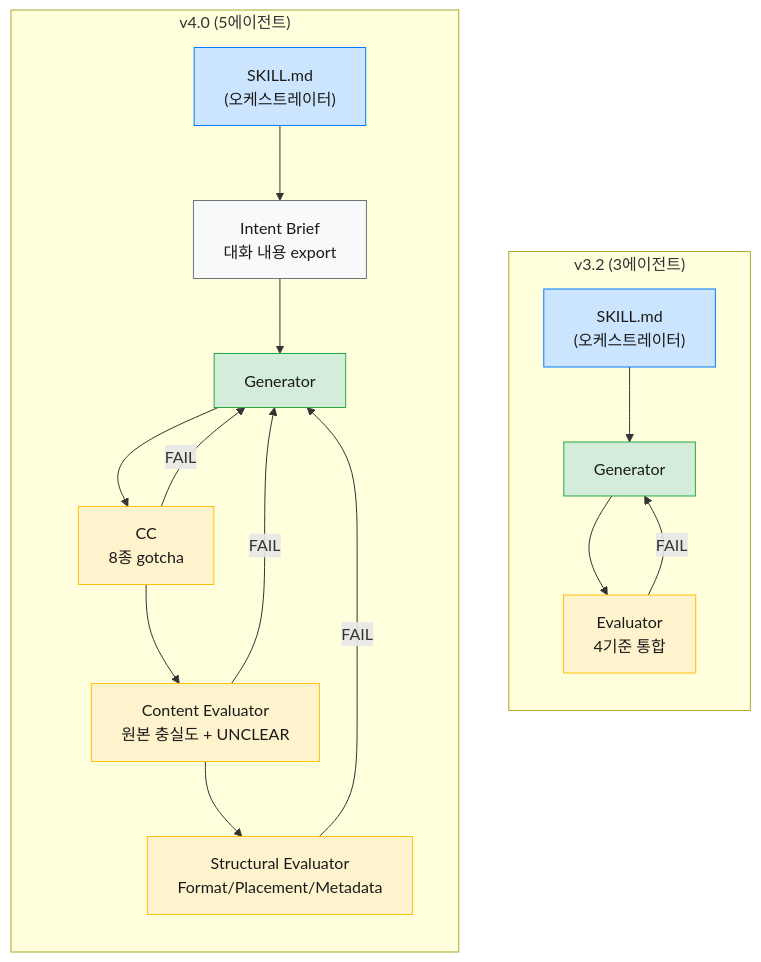
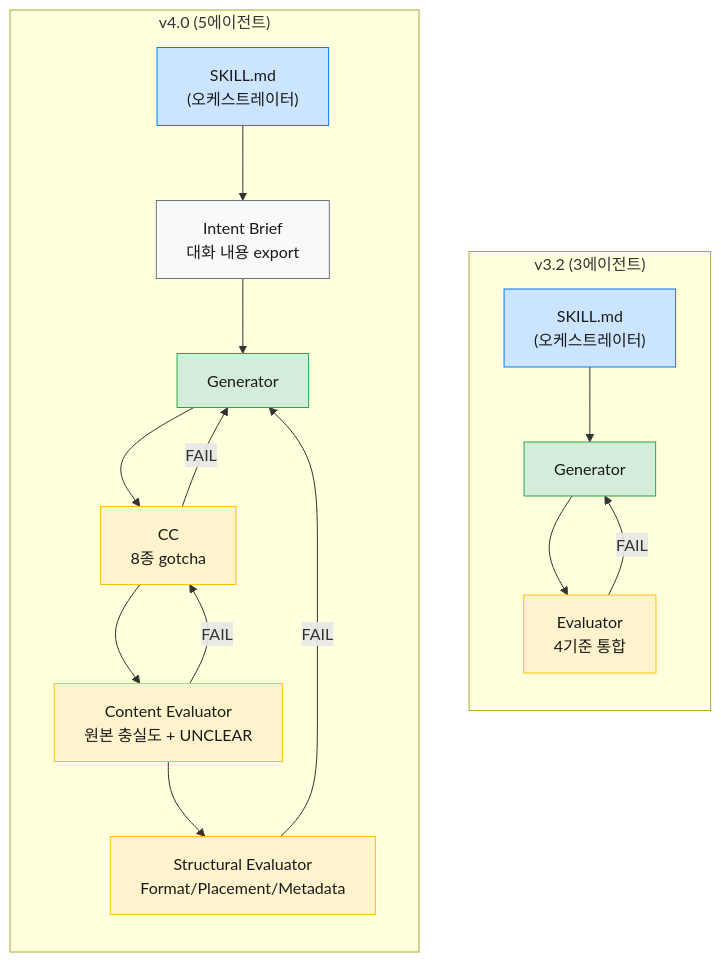
One commit to Epikoding/epikoding.github.io changed the third of 7 diagrams in _posts/2026-03-27-claude-code-note-skill-harness-pattern-guide.md. Above: the diagram before and after it, drawn with Mermaid. The commit also changed other lines of this file, not shown here.

Commit message:
blog: round 4 - CC R3 피드백 (약어 정의 전 사용, 다이어그램 CC 재시작 경로)

````diff
--- a/_posts/2026-03-27-claude-code-note-skill-harness-pattern-guide.md
+++ b/_posts/2026-03-27-claude-code-note-skill-harness-pattern-guide.md
@@ -226,30 +226,30 @@
 ```mermaid
 flowchart TB
     classDef orchestrator fill:#cce5ff,stroke:#007bff,color:#1a1a1a
     classDef generator fill:#d4edda,stroke:#28a745,color:#1a1a1a
     classDef evaluator fill:#fff3cd,stroke:#ffc107,color:#1a1a1a
     classDef reference fill:#f8f9fa,stroke:#6c757d,color:#1a1a1a
 
     subgraph V32["v3.2 (3에이전트)"]
         direction TB
         S1["SKILL.md<br/>(오케스트레이터)"]:::orchestrator
         G1["Generator"]:::generator
         E1["Evaluator<br/>4기준 통합"]:::evaluator
         S1 --> G1 --> E1
         E1 -->|"FAIL"| G1
     end
 
     subgraph V40["v4.0 (5에이전트)"]
         direction TB
         S2["SKILL.md<br/>(오케스트레이터)"]:::orchestrator
         IB["Intent Brief<br/>대화 내용 export"]:::reference
         G2["Generator"]:::generator
         CC2["CC<br/>8종 gotcha"]:::evaluator
         CE2["Content Evaluator<br/>원본 충실도 + UNCLEAR"]:::evaluator
         SE2["Structural Evaluator<br/>Format/Placement/Metadata"]:::evaluator
         S2 --> IB --> G2 --> CC2 --> CE2 --> SE2
         CC2 -->|"FAIL"| G2
-        CE2 -->|"FAIL"| G2
+        CE2 -->|"FAIL"| CC2
         SE2 -->|"FAIL"| G2
     end
 ```
````
